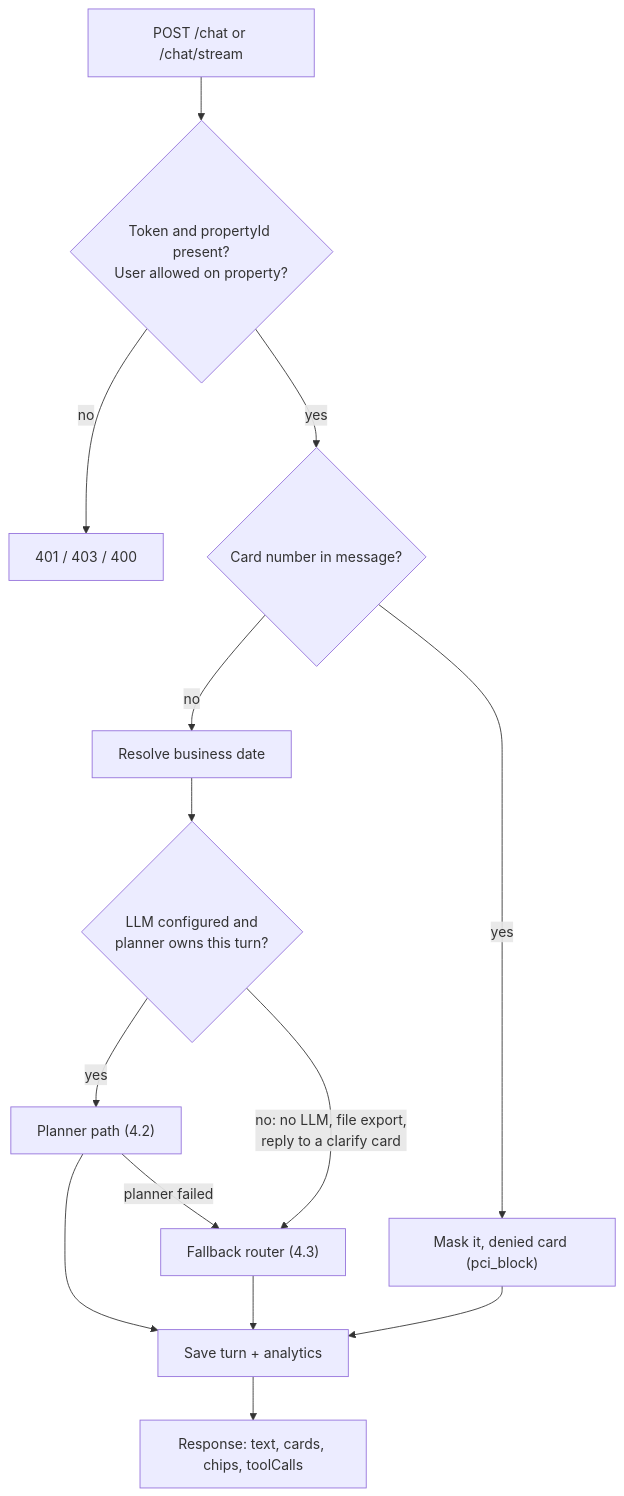
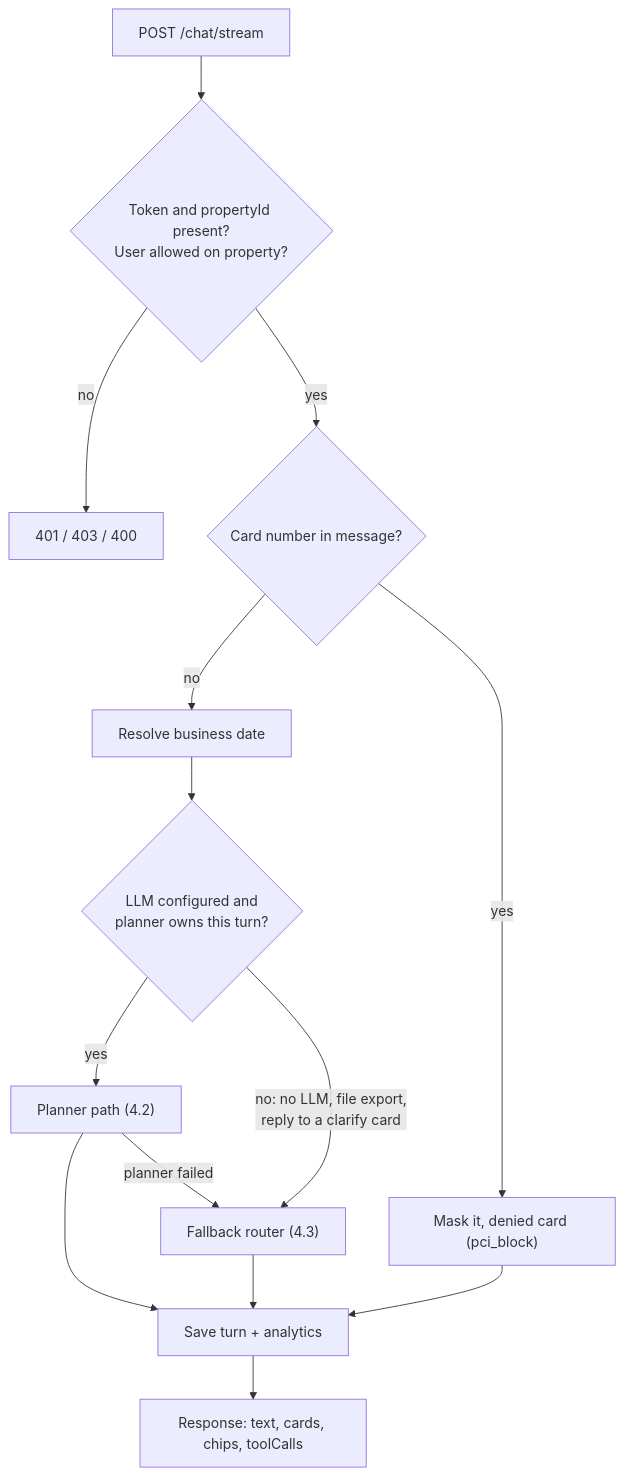
One commit to fountane-sunny/asi-genie-service changed the second of 3 diagrams in docs/developer-guide.md. Above: the diagram before and after it, drawn with Mermaid. The commit also changed other lines of this file and 6 other files, not shown here.

````diff
--- a/docs/developer-guide.md
+++ b/docs/developer-guide.md
@@ -40,16 +40,16 @@
 ```mermaid
 flowchart TD
-  A["POST /chat or /chat/stream"] --> B{"Token and propertyId present?<br/>User allowed on property?"}
+  A["POST /chat/stream"] --> B{"Token and propertyId present?<br/>User allowed on property?"}
   B -- no --> B1["401 / 403 / 400"]
   B -- yes --> C{"Card number in message?"}
   C -- yes --> C1["Mask it, denied card (pci_block)"]
   C -- no --> D["Resolve business date"]
   D --> E{"LLM configured and<br/>planner owns this turn?"}
   E -- yes --> P["Planner path (4.2)"]
   P -- planner failed --> R
   E -- "no: no LLM, file export,<br/>reply to a clarify card" --> R["Fallback router (4.3)"]
   P --> S["Save turn + analytics"]
   R --> S
   C1 --> S
   S --> T["Response: text, cards, chips, toolCalls"]
 ```
````
